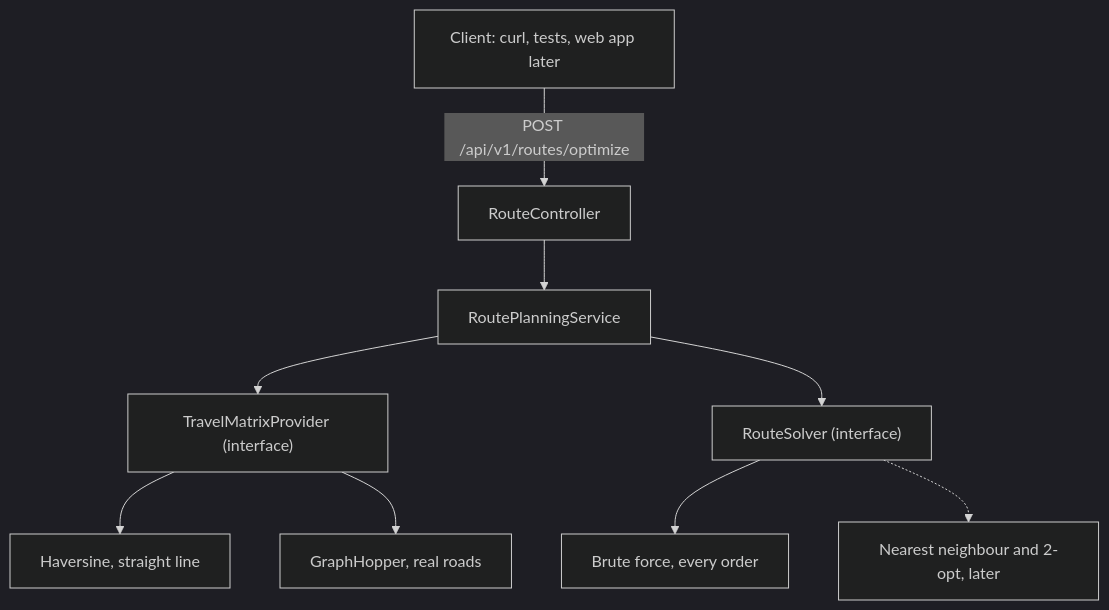
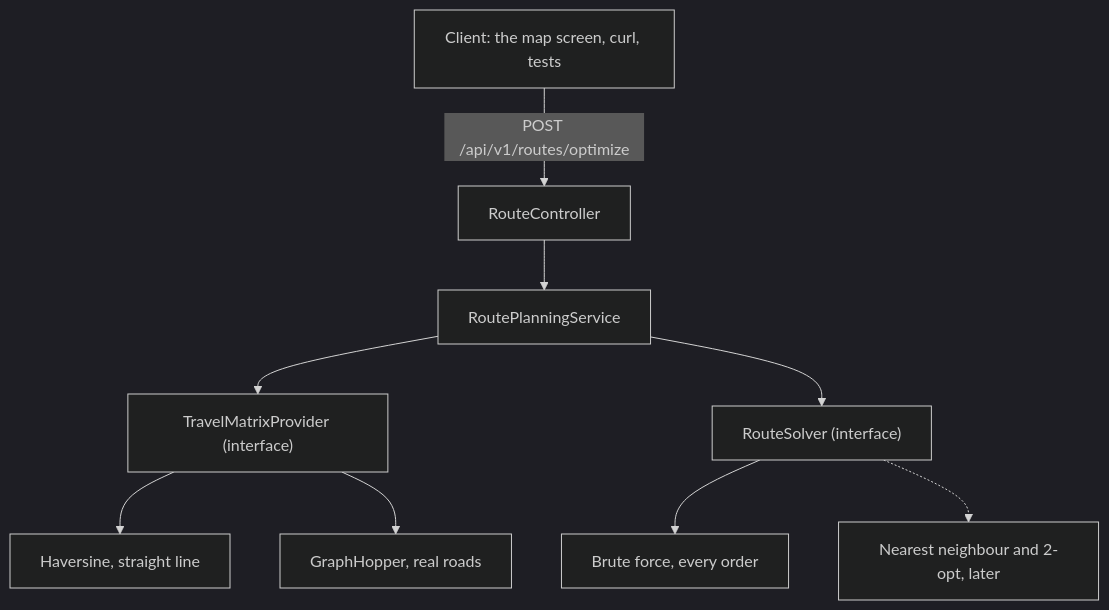
One commit to gerald-guledew/multi-stop-route-planner changed the first of 2 diagrams in docs/architecture.md. Above: the diagram before and after it, drawn with Mermaid (dark theme). The commit also changed other lines of this file and 3 other files, not shown here.

````diff
--- a/docs/architecture.md
+++ b/docs/architecture.md
@@ -7,11 +7,11 @@
 ```mermaid
 flowchart TD
-    Client["Client: curl, tests, web app later"] -->|"POST /api/v1/routes/optimize"| Controller[RouteController]
+    Client["Client: the map screen, curl, tests"] -->|"POST /api/v1/routes/optimize"| Controller[RouteController]
     Controller --> Service[RoutePlanningService]
     Service --> Provider["TravelMatrixProvider (interface)"]
     Service --> Solver["RouteSolver (interface)"]
     Provider --> Haversine["Haversine, straight line"]
     Provider --> GraphHopper["GraphHopper, real roads"]
     Solver --> Brute["Brute force, every order"]
     Solver -.-> Heuristic["Nearest neighbour and 2-opt, later"]
 ```
````
